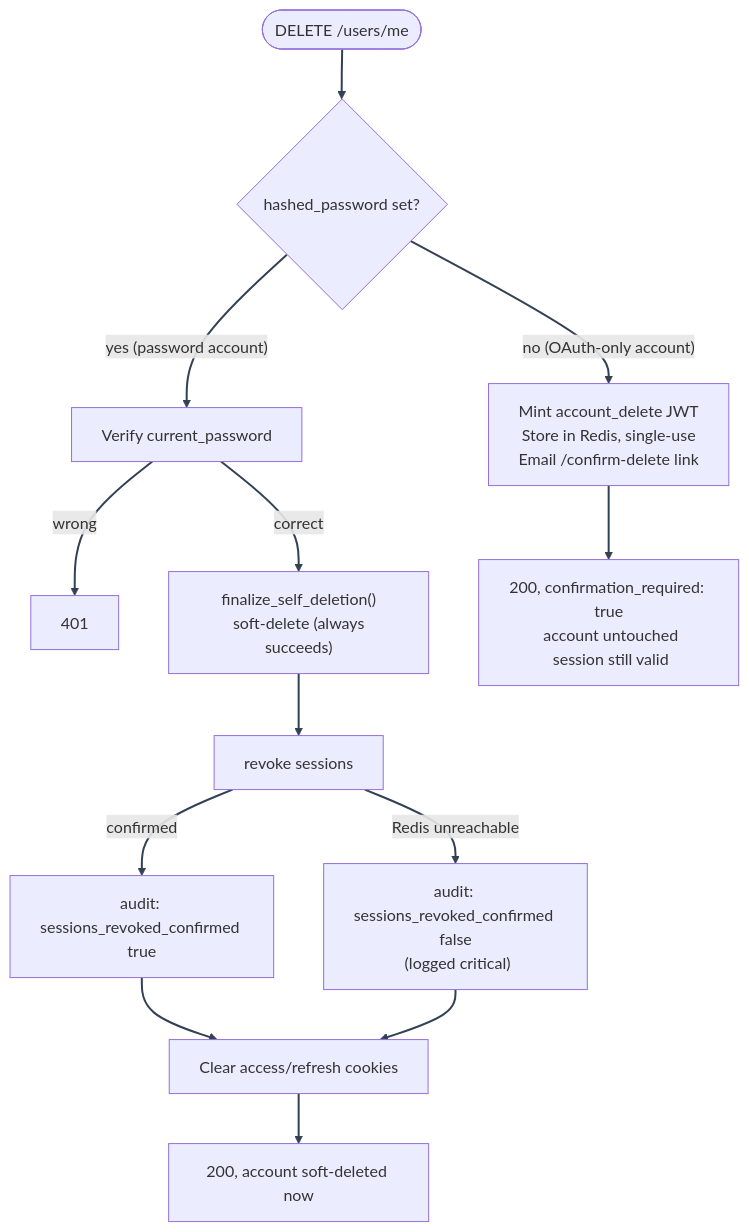
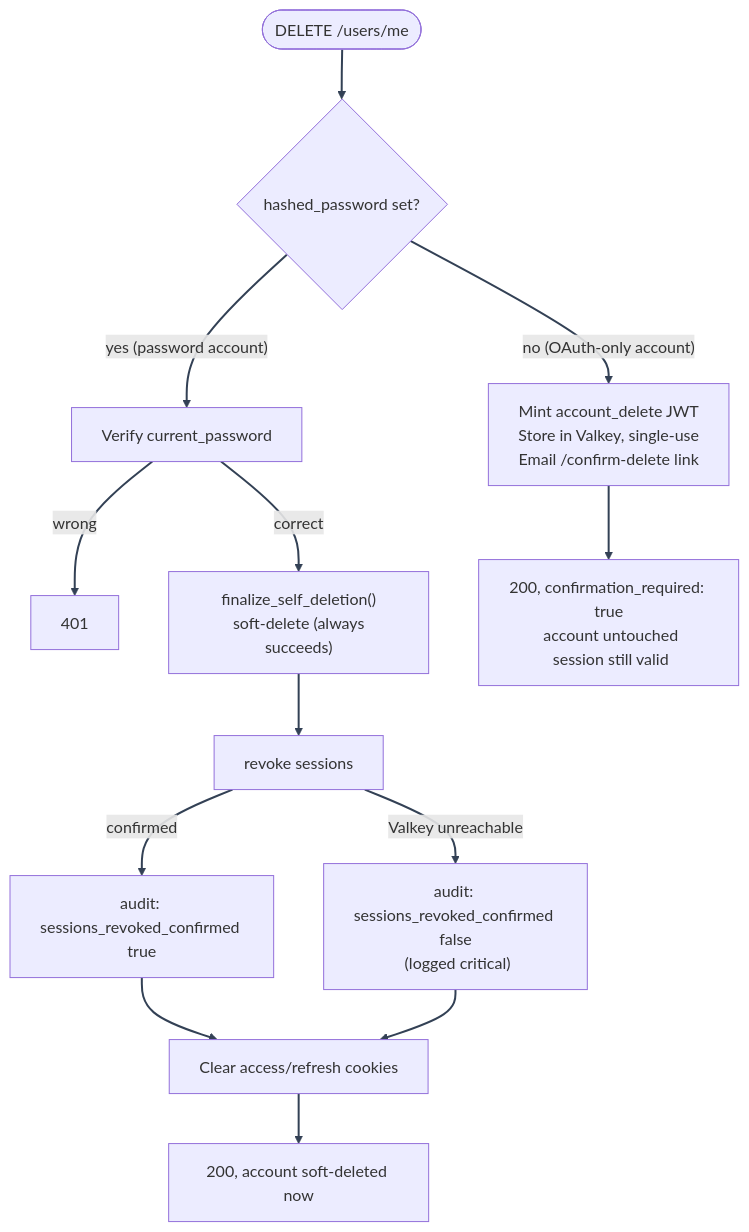
Before and after one commit to Nachiket-2024/mystic-auth-docs: the first of 2 diagrams in docs/mystic_auth/authentication/account-deletion/self-service.md, drawn with Mermaid. The commit also changed other lines of this file and 137 other files, not shown here.

````diff
--- a/docs/mystic_auth/authentication/account-deletion/self-service.md
+++ b/docs/mystic_auth/authentication/account-deletion/self-service.md
@@ -19,17 +19,17 @@
 ```mermaid
 %%{init: {"themeVariables": {"lineColor": "#334155"}} }%%
 flowchart TD
     Start(["DELETE /users/me"]) --> HasPw{"hashed_password set?"}
     HasPw -- "yes (password account)" --> Verify["Verify current_password"]
     Verify -- "wrong" --> Fail401["401"]
     Verify -- "correct" --> Finalize["finalize_self_deletion()\n soft-delete (always succeeds)"]
     Finalize --> Revoke["revoke sessions"]
     Revoke -- "confirmed" --> Audit["audit: sessions_revoked_confirmed true"]
-    Revoke -- "Redis unreachable" --> Audit2["audit: sessions_revoked_confirmed false\n (logged critical)"]
+    Revoke -- "Valkey unreachable" --> Audit2["audit: sessions_revoked_confirmed false\n (logged critical)"]
     Audit --> ClearCookies["Clear access/refresh cookies"]
     Audit2 --> ClearCookies
     ClearCookies --> Done200["200, account soft-deleted now"]
-    HasPw -- "no (OAuth-only account)" --> SendEmail["Mint account_delete JWT\n Store in Redis, single-use\n Email /confirm-delete link"]
+    HasPw -- "no (OAuth-only account)" --> SendEmail["Mint account_delete JWT\n Store in Valkey, single-use\n Email /confirm-delete link"]
     SendEmail --> Pending["200, confirmation_required: true\n account untouched\n session still valid"]
     linkStyle default stroke:#334155,stroke-width:2px
 ```
````
